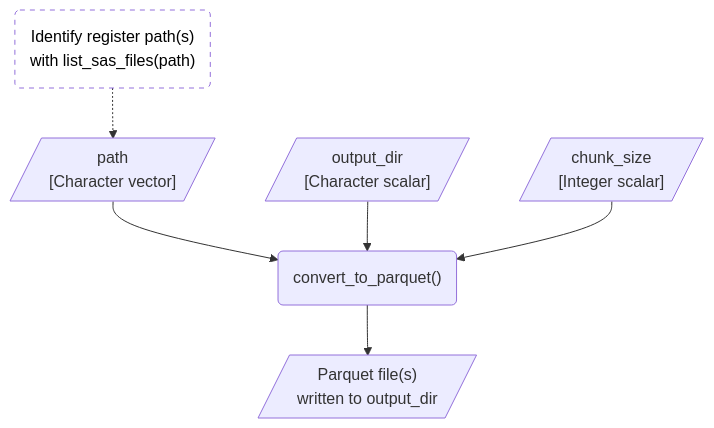
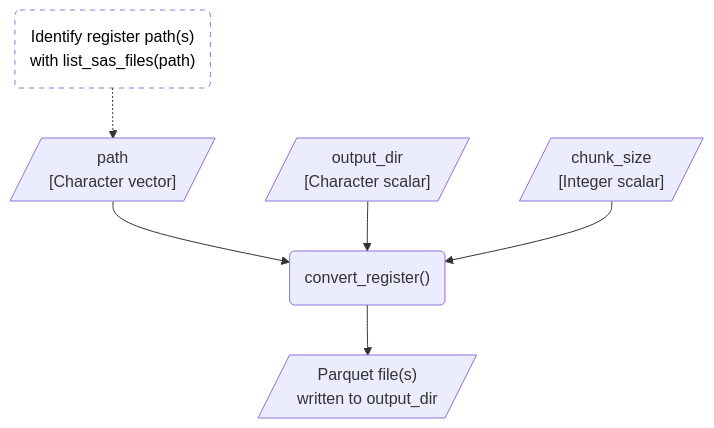
One commit to dp-next/registers2parquet changed the first of 3 diagrams in vignettes/design.qmd. Above: the diagram before and after it, drawn with Mermaid. The commit also changed 12 other files, not shown here.

First line of the commit message:
refactor: ♻️ `convert_register()` and `convert_file()` (#174)

````diff
--- a/vignettes/design.qmd
+++ b/vignettes/design.qmd
@@ -67,21 +67,21 @@
 ```{mermaid}
 %%| label: fig-flow
-%%| fig-cap: "Expected workflow for converting SAS files from a single register using `convert_to_parquet()`."
+%%| fig-cap: "Expected workflow for converting SAS files from a single register using `convert_register()`."
 %%| fig-alt: "A flowchart showing the expected flow of converting register SAS files to Parquet files."
 
 flowchart TD
     identify_paths("Identify register path(s)<br>with list_sas_files(path)")
     path[/"path<br>[Character vector]"/]
     output_dir[/"output_dir<br>[Character scalar]"/]
     chunk_size[/"chunk_size<br>[Integer scalar]"/]
-    convert_to_parquet("convert_to_parquet()")
+    convert_register("convert_register()")
     output[/"Parquet file(s)<br>written to output_dir"/]
 
     %% Edges
-    identify_paths -.-> path --> convert_to_parquet
-    output_dir & chunk_size --> convert_to_parquet
-    convert_to_parquet --> output
+    identify_paths -.-> path --> convert_register
+    output_dir & chunk_size --> convert_register
+    convert_register --> output
 
     %% Style
     style identify_paths fill:#FFFFFF, color:#000000, stroke-dasharray: 5 5
 ```
````
